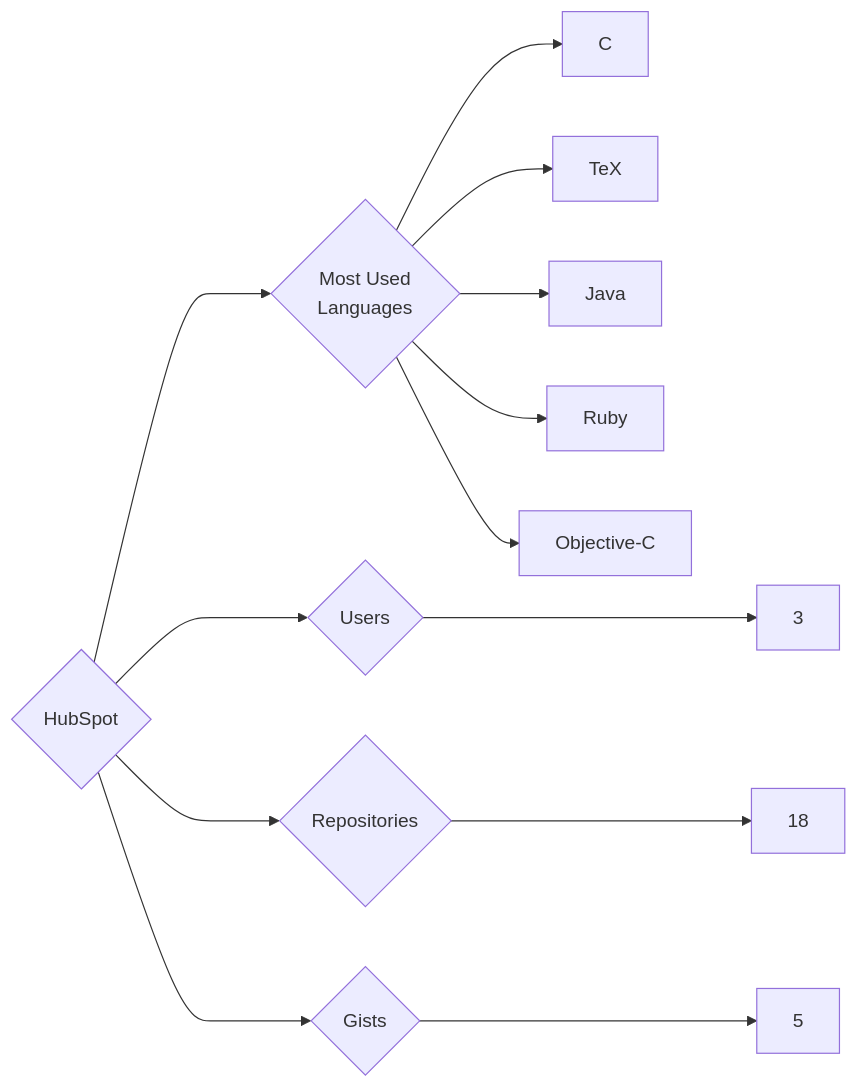
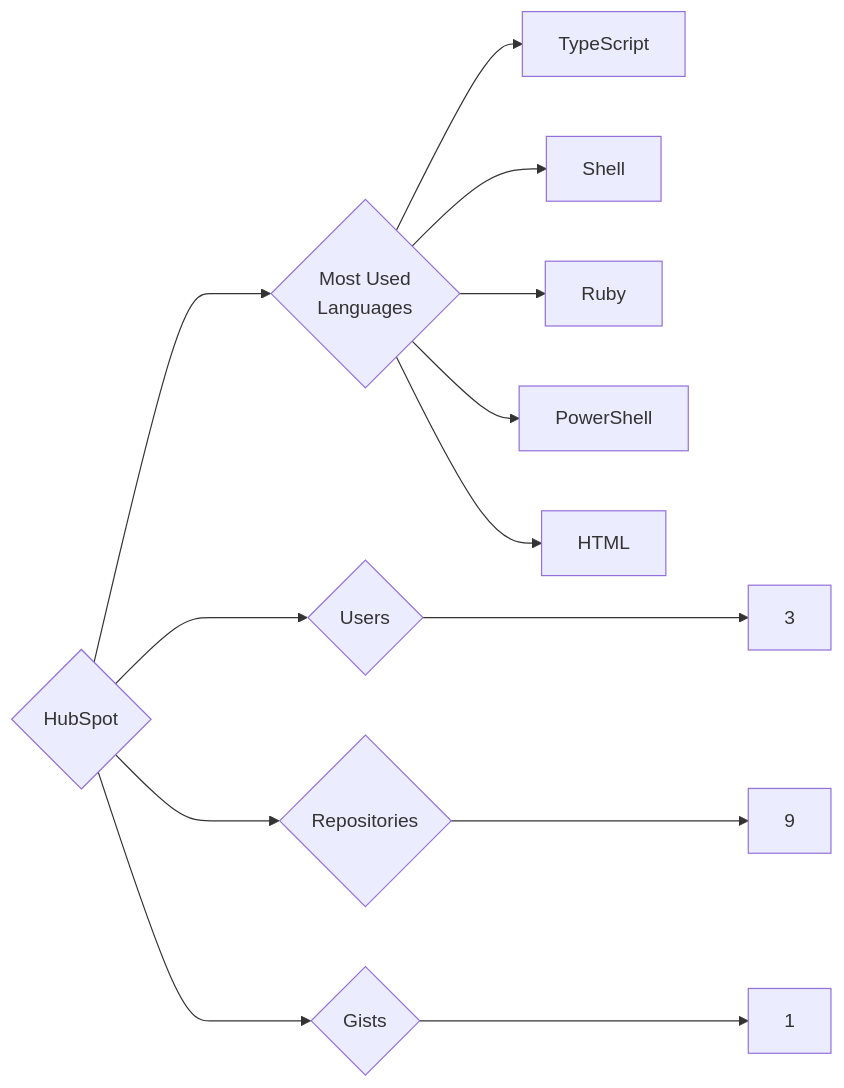
The diagram in targets/HubSpot/README.md (trickest/insiders), drawn with Mermaid before and after one commit. The commit also changed 985 other files, not shown here.

````diff
--- a/targets/HubSpot/README.md
+++ b/targets/HubSpot/README.md
@@ -3,13 +3,13 @@
 ```mermaid
 graph LR
 COMPANY_NAME{HubSpot}
 COMPANY_NAME ---> U{Users} ---> UN[3]
-COMPANY_NAME ---> R{Repositories} ---> RN[18]
-COMPANY_NAME ---> G{Gists} ---> GN[5]
+COMPANY_NAME ---> R{Repositories} ---> RN[9]
+COMPANY_NAME ---> G{Gists} ---> GN[1]
 COMPANY_NAME ---> ML{Most Used<br>Languages}
-ML --> C[C]
-ML --> TeX[TeX]
-ML --> Java[Java]
+ML --> TypeScript[TypeScript]
+ML --> Shell[Shell]
 ML --> Ruby[Ruby]
-ML --> Objective-C[Objective-C]
+ML --> PowerShell[PowerShell]
+ML --> HTML[HTML]
 ```
````
